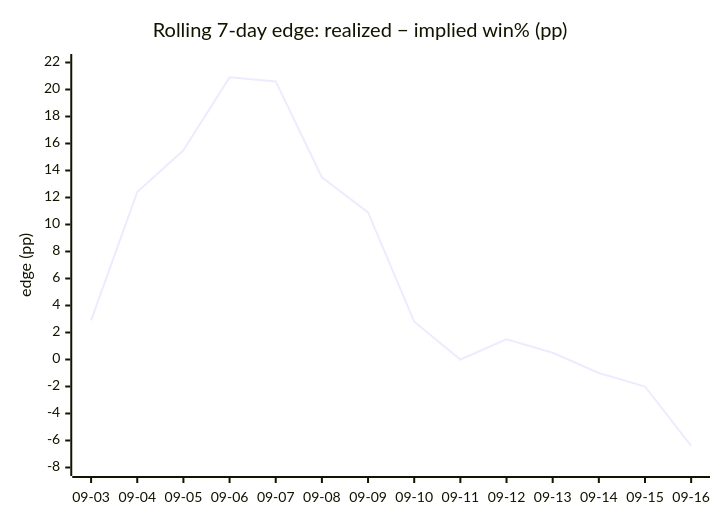
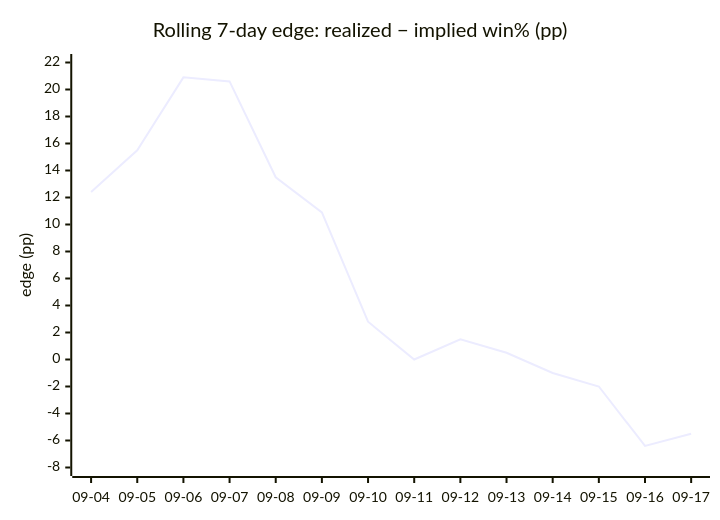
One commit to dpk1212/nhl-savant changed the fourth of 4 diagrams in DAILY_AGSU_REPORT.md. Above: the diagram before and after it, drawn with Mermaid. The commit also changed other lines of this file, not shown here.

````diff
--- a/DAILY_AGSU_REPORT.md
+++ b/DAILY_AGSU_REPORT.md
@@ -876,7 +852,7 @@
 ```mermaid
 xychart-beta
     title "Rolling 7-day edge: realized − implied win% (pp)"
-    x-axis ["09-03", "09-04", "09-05", "09-06", "09-07", "09-08", "09-09", "09-10", "09-11", "09-12", "09-13", "09-14", "09-15", "09-16"]
+    x-axis ["09-04", "09-05", "09-06", "09-07", "09-08", "09-09", "09-10", "09-11", "09-12", "09-13", "09-14", "09-15", "09-16", "09-17"]
     y-axis "edge (pp)" -8 --> 22
-    line [2.9, 12.4, 15.5, 20.9, 20.6, 13.5, 10.9, 2.8, 0, 1.5, 0.5, -1, -2, -6.4]
+    line [12.4, 15.5, 20.9, 20.6, 13.5, 10.9, 2.8, 0, 1.5, 0.5, -1, -2, -6.4, -5.5]
 ```
````
